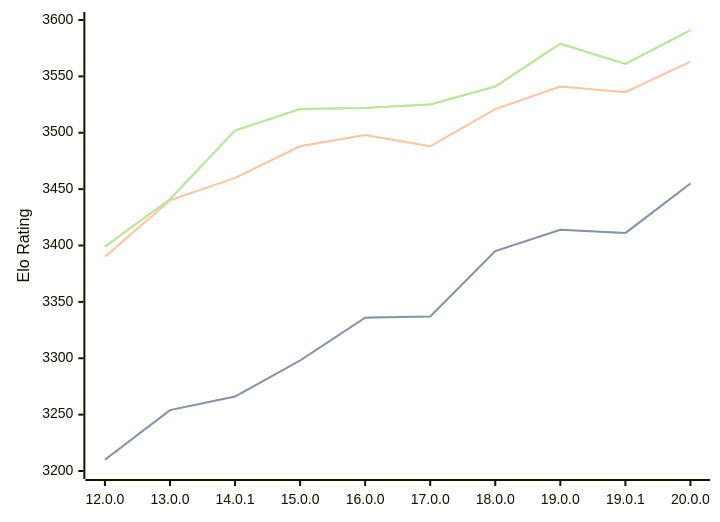
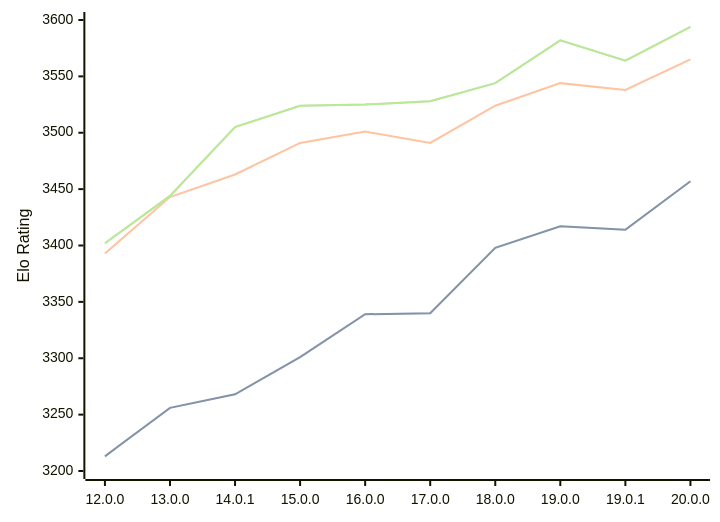
One commit to computer-chess-index/cci changed the diagram in engines/Viridithas.md. Above: the diagram before and after it, drawn with Mermaid. The commit also changed other lines of this file, not shown here.

Commit message:
Update CCI Ratings (ELO VLTC) - 2026-09-24

````diff
--- a/engines/Viridithas.md
+++ b/engines/Viridithas.md
@@ -40,11 +40,11 @@
 ```mermaid
 %%{init: {"theme":"base","themeVariables":{"seriesColors:['#a3a3a3','#222221','#faa371']}}}%%
 xychart-beta
   x-axis ["12.0.0", "13.0.0", "14.0.1", "15.0.0", "16.0.0", "17.0.0", "18.0.0", "19.0.0", "19.0.1", "20.0.0"]
   y-axis "Elo Rating" 3200 --> 3600
-  line "" [3210, 3254, 3266, 3298, 3336, 3337, 3395, 3414, 3411, 3455]
-  line "STC (8.0+0.08s)" [3210, 3254, 3266, 3298, 3336, 3337, 3395, 3414, 3411, 3455]
-  line "LTC (60.0+0.60s)" [3390, 3440, 3460, 3488, 3498, 3488, 3521, 3541, 3536, 3563]
-  line "" [3399, 3441, 3502, 3521, 3522, 3525, 3541, 3579, 3561, 3591]
-  line "VLTC (2m24s+1.12s)" [3399, 3441, 3502, 3521, 3522, 3525, 3541, 3579, 3561, 3591]
+  line "" [3213, 3256, 3268, 3301, 3339, 3340, 3398, 3417, 3414, 3457]
+  line "STC (8.0+0.08s)" [3213, 3256, 3268, 3301, 3339, 3340, 3398, 3417, 3414, 3457]
+  line "LTC (60.0+0.60s)" [3393, 3443, 3463, 3491, 3501, 3491, 3524, 3544, 3538, 3565]
+  line "" [3402, 3444, 3505, 3524, 3525, 3528, 3544, 3582, 3564, 3594]
+  line "VLTC (2m24s+1.12s)" [3402, 3444, 3505, 3524, 3525, 3528, 3544, 3582, 3564, 3594]
 ```
````
